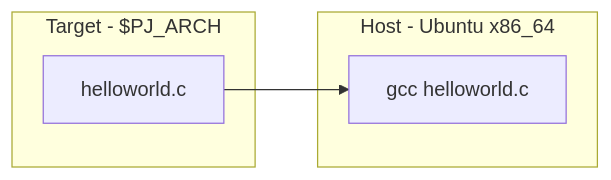
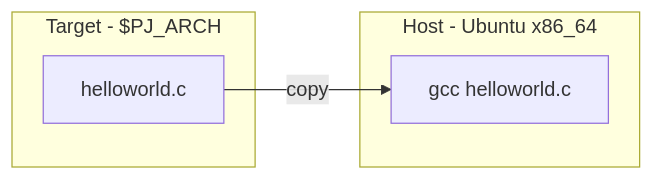
Before and after one commit to lankahsu520/CrossCompilationX: the ninth of 9 diagrams in README.md, drawn with Mermaid. The commit also changed other lines of this file and 1 other file, not shown here.

````diff
--- a/README.md
+++ b/README.md
@@ -370,12 +372,12 @@
 ```mermaid
 flowchart LR
 	subgraph Target[Target - $PJ_ARCH]
 		helloworld-arm64[helloworld.c]
 	end
 
 	subgraph Host[Host - Ubuntu x86_64]
 		helloworld[gcc helloworld.c]
 	end
 
-	helloworld-arm64 --> helloworld
+	helloworld-arm64 --> |copy|helloworld
 ```
````
